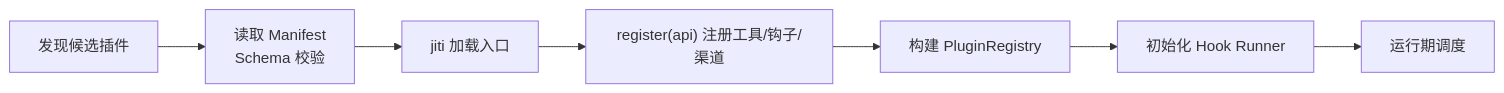
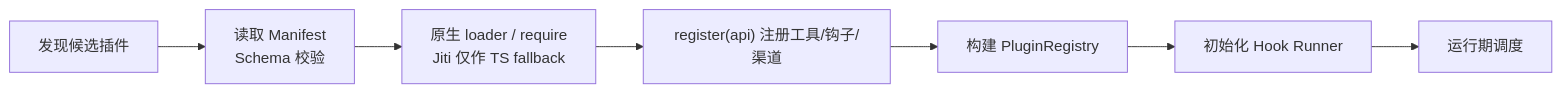
Before and after one commit to yeasy/openclaw_guide: the diagram in 12_extension_engineering/12.1_plugin_architecture.md, drawn with Mermaid. The commit also changed other lines of this file and 89 other files, not shown here.

````diff
--- a/12_extension_engineering/12.1_plugin_architecture.md
+++ b/12_extension_engineering/12.1_plugin_architecture.md
@@ -189,9 +198,9 @@
 ```mermaid
 flowchart LR
   D["发现候选插件"] --> V["读取 Manifest<br/>Schema 校验"]
-  V --> L["jiti 加载入口"]
+  V --> L["原生 loader / require<br/>Jiti 仅作 TS fallback"]
   L --> R["register(api) 注册工具/钩子/渠道"]
   R --> P["构建 PluginRegistry"]
   P --> H["初始化 Hook Runner"]
   H --> X["运行期调度"]
 ```
````
